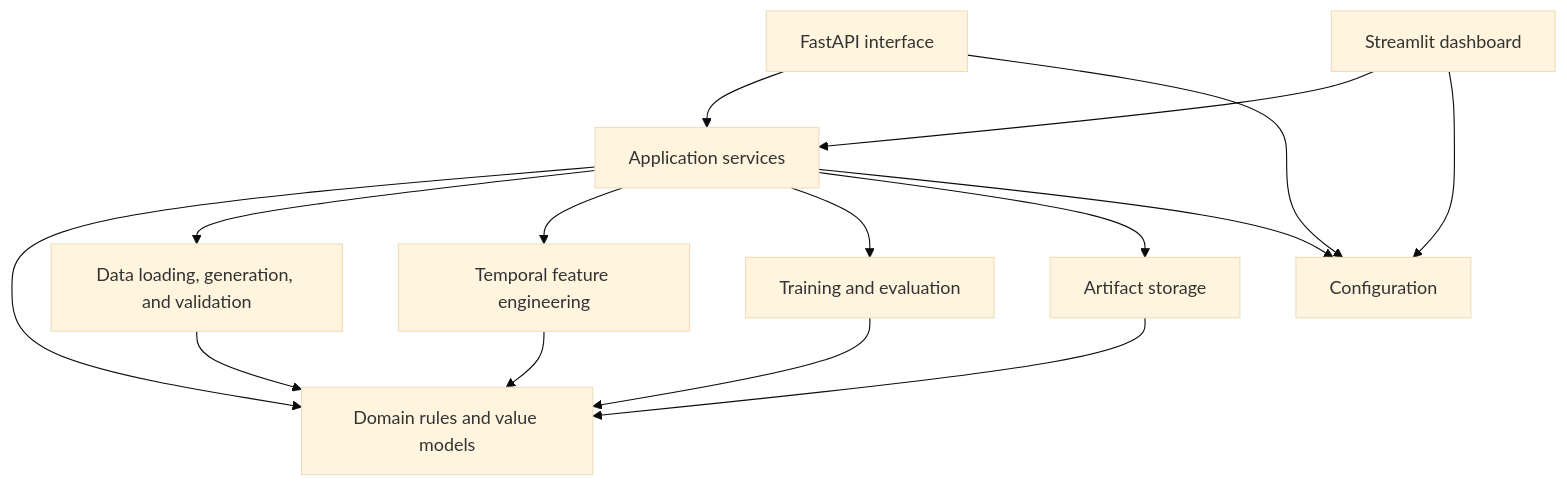
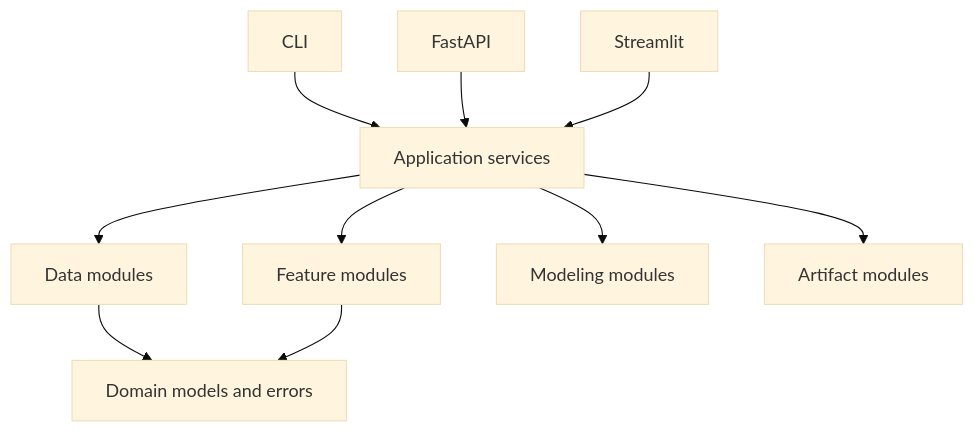
The first of 2 diagrams in docs/architecture/overview.md (SebastianGaray/retail-demand-intelligence), drawn with Mermaid (base theme) before and after one commit. The commit also changed other lines of this file and 9 other files, not shown here.

````diff
--- a/docs/architecture/overview.md
+++ b/docs/architecture/overview.md
@@ -51,17 +25,12 @@
 ```mermaid
 flowchart TD
-    API["FastAPI interface"] --> APP["Application services"]
-    UI["Streamlit dashboard"] --> APP
-    APP --> DOMAIN["Domain rules and value models"]
-    APP --> DATA["Data loading, generation, and validation"]
-    APP --> FEATURES["Temporal feature engineering"]
-    APP --> MODELING["Training and evaluation"]
-    APP --> ARTIFACTS["Artifact storage"]
-    DATA --> DOMAIN
+    CLI["CLI"] --> APP["Application services"]
+    API["FastAPI"] --> APP
+    UI["Streamlit"] --> APP
+    APP --> DATA["Data modules"]
+    APP --> FEATURES["Feature modules"]
+    APP --> MODELING["Modeling modules"]
+    APP --> ARTIFACTS["Artifact modules"]
+    DATA --> DOMAIN["Domain models and errors"]
     FEATURES --> DOMAIN
-    MODELING --> DOMAIN
-    ARTIFACTS --> DOMAIN
-    API --> CONFIG["Configuration"]
-    UI --> CONFIG
-    APP --> CONFIG
 ```
````
